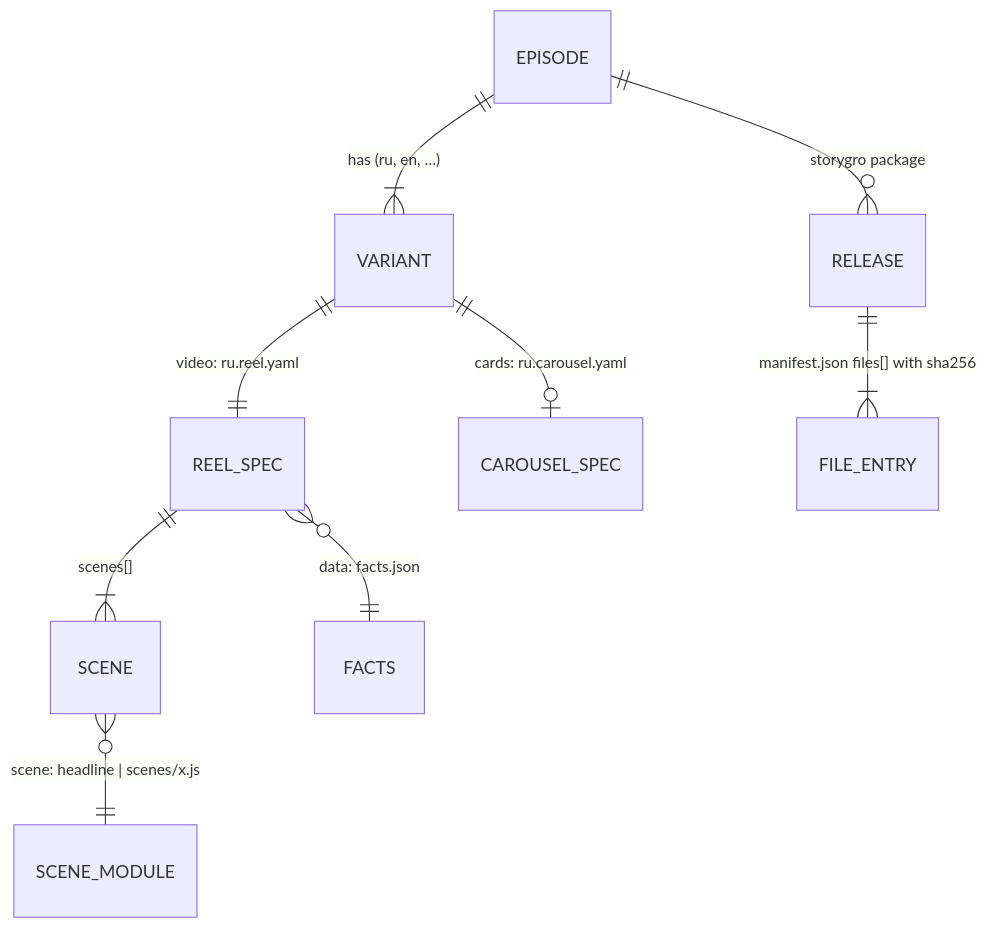
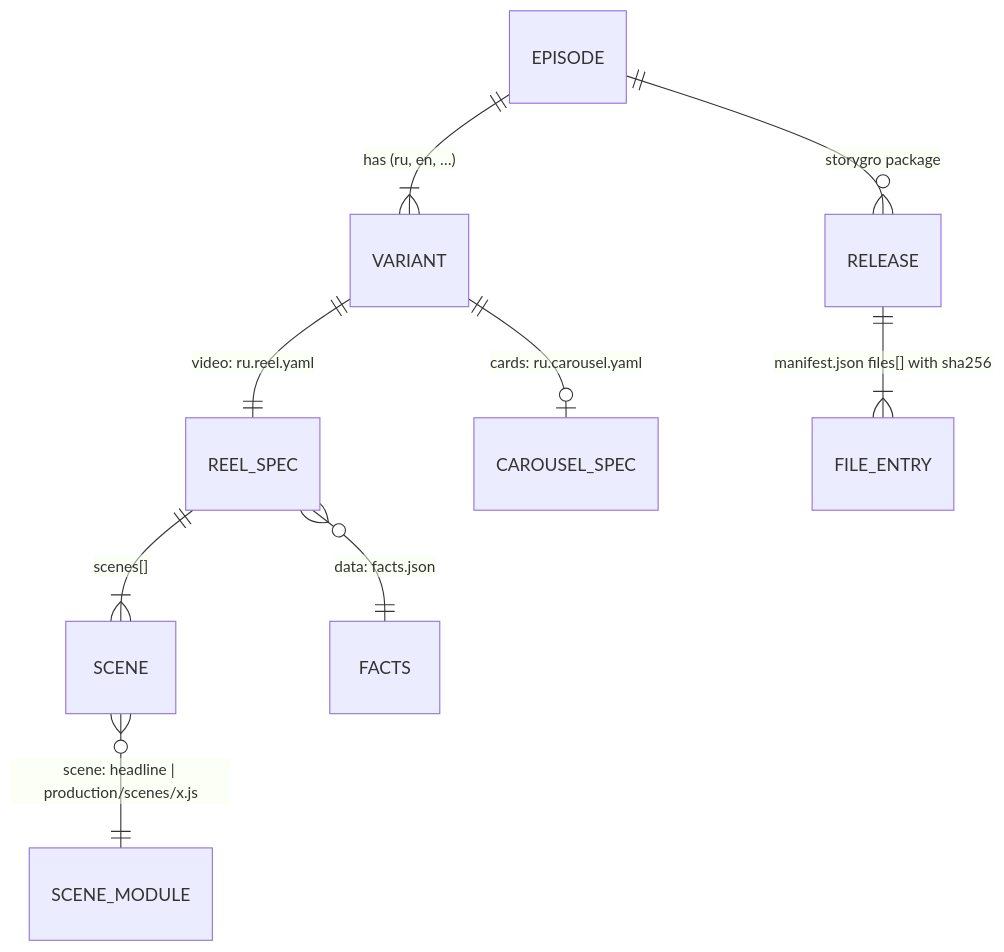
One commit to eiler2005/Storygro changed the second of 3 diagrams in docs/architecture.md. Above: the diagram before and after it, drawn with Mermaid. The commit also changed other lines of this file and 140 other files, not shown here.

````diff
--- a/docs/architecture.md
+++ b/docs/architecture.md
@@ -54,11 +56,11 @@
 ```mermaid
 erDiagram
   EPISODE ||--|{ VARIANT : "has (ru, en, …)"
   VARIANT ||--|| REEL_SPEC : "video: ru.reel.yaml"
   VARIANT ||--o| CAROUSEL_SPEC : "cards: ru.carousel.yaml"
   REEL_SPEC ||--|{ SCENE : "scenes[]"
   REEL_SPEC }o--|| FACTS : "data: facts.json"
-  SCENE }o--|| SCENE_MODULE : "scene: headline | scenes/x.js"
+  SCENE }o--|| SCENE_MODULE : "scene: headline | production/scenes/x.js"
   RELEASE ||--|{ FILE_ENTRY : "manifest.json files[] with sha256"
   EPISODE ||--o{ RELEASE : "storygro package"
 ```
````
